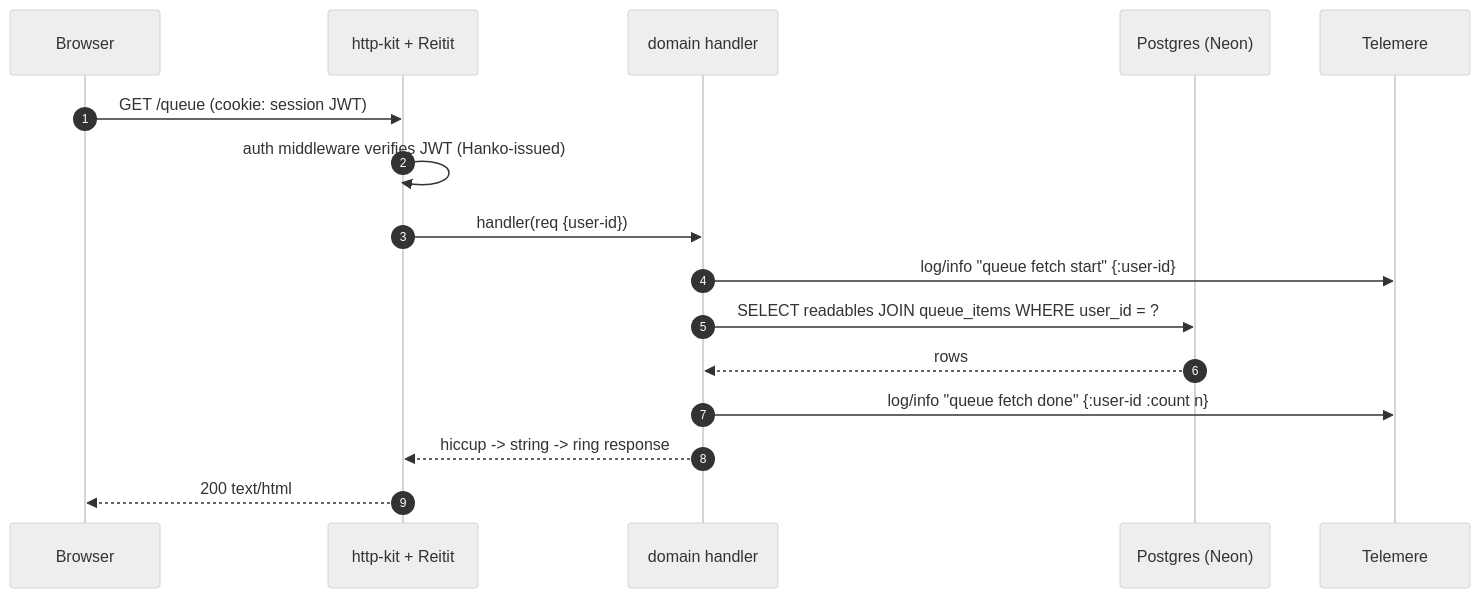
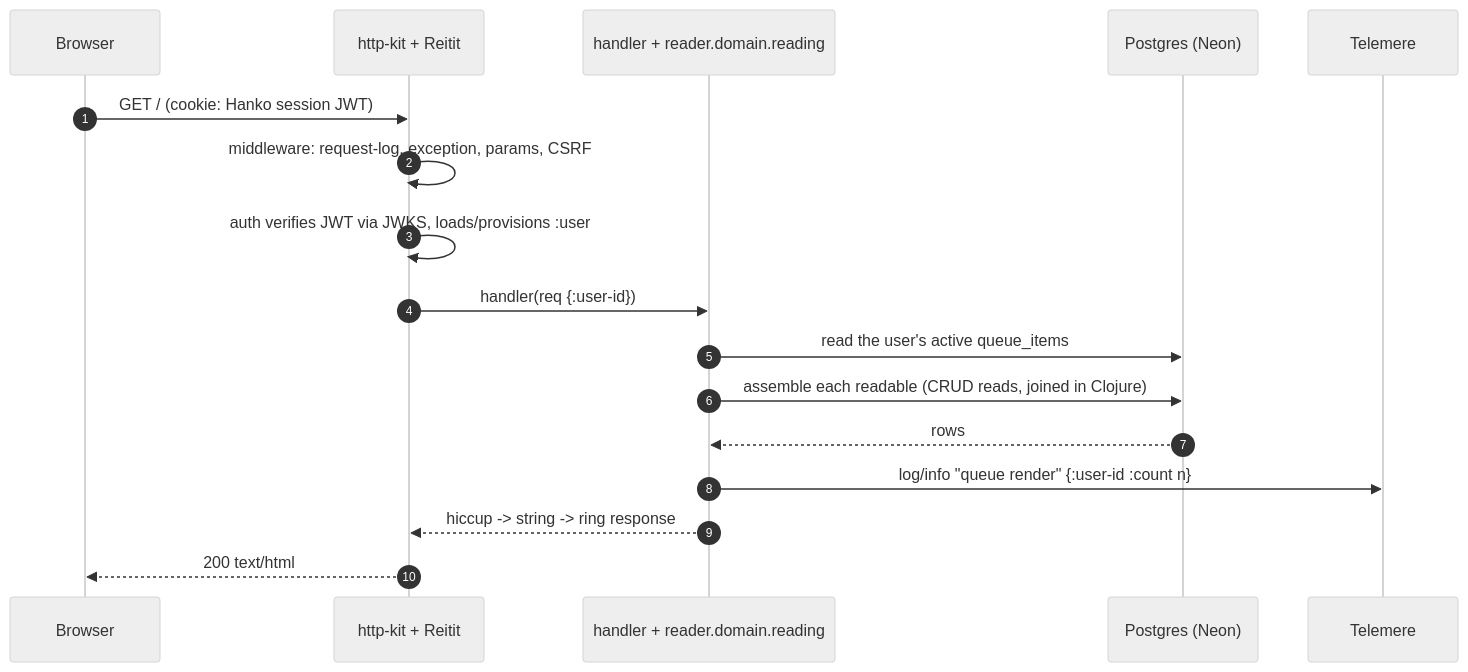
The second of 4 diagrams in docs/architecture.md (kirahowe/reader), drawn with Mermaid (neutral theme) before and after one commit. The commit also changed other lines of this file, not shown here.

First line of the commit message:
Refresh architecture.md to match the shipped app

````diff
--- a/docs/architecture.md
+++ b/docs/architecture.md
@@ -127,19 +175,20 @@
 ```mermaid
 sequenceDiagram
   autonumber
   participant B as Browser
   participant H as http-kit + Reitit
-  participant D as domain handler
+  participant D as handler + reader.domain.reading
   participant DB as Postgres (Neon)
   participant L as Telemere
 
-  B->>H: GET /queue (cookie: session JWT)
-  H->>H: auth middleware verifies JWT (Hanko-issued)
-  H->>D: handler(req {user-id})
-  D->>L: log/info "queue fetch start" {:user-id}
-  D->>DB: SELECT readables JOIN queue_items WHERE user_id = ?
+  B->>H: GET / (cookie: Hanko session JWT)
+  H->>H: middleware: request-log, exception, params, CSRF
+  H->>H: auth verifies JWT via JWKS, loads/provisions :user
+  H->>D: handler(req {:user-id})
+  D->>DB: read the user's active queue_items
+  D->>DB: assemble each readable (CRUD reads, joined in Clojure)
   DB-->>D: rows
-  D->>L: log/info "queue fetch done" {:user-id :count n}
+  D->>L: log/info "queue render" {:user-id :count n}
   D-->>H: hiccup -> string -> ring response
   H-->>B: 200 text/html
 ```
````
